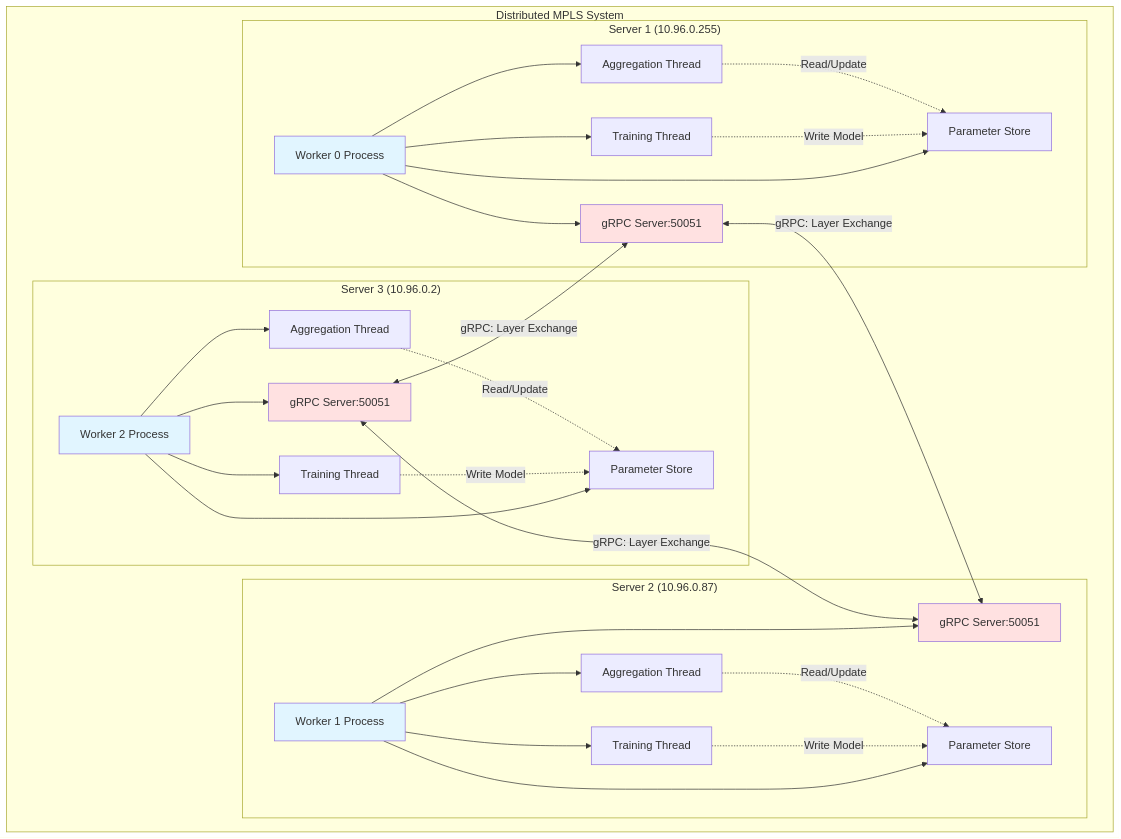
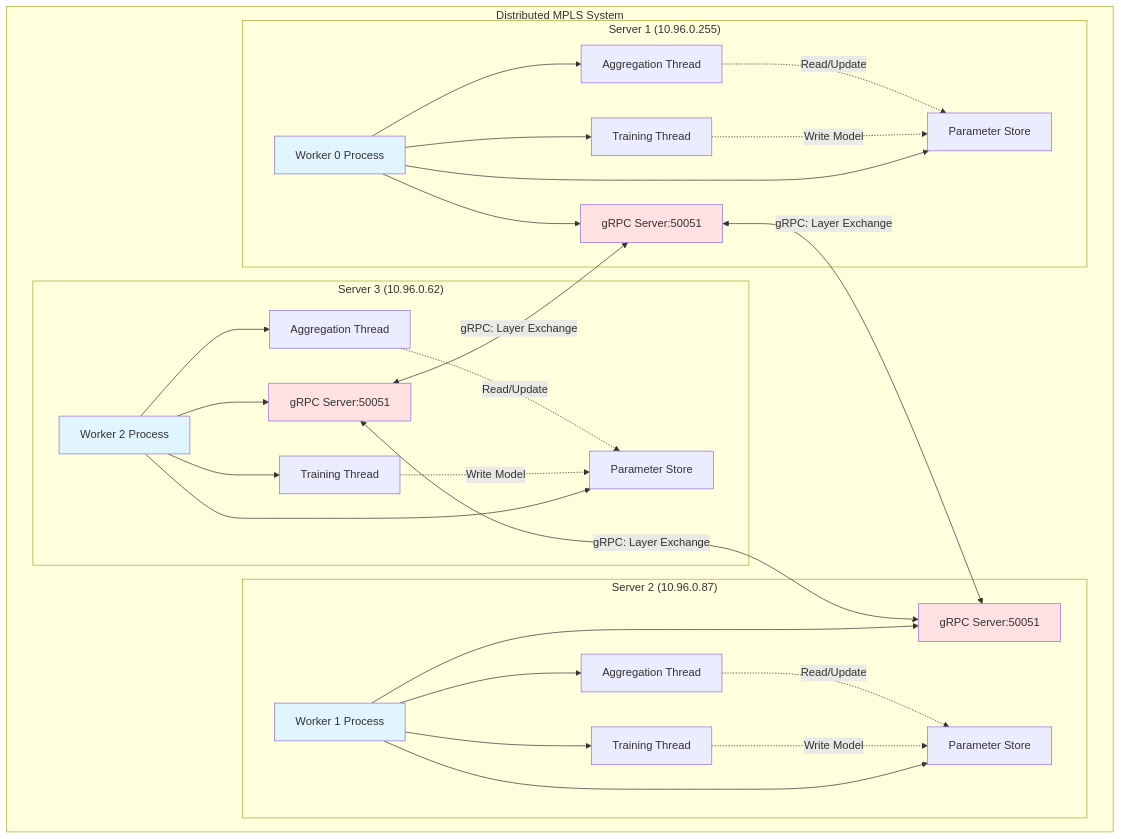
One commit to Gufran2809/MPLS-python changed the first of 8 diagrams in ARCHITECTURE.md. Above: the diagram before and after it, drawn with Mermaid. The commit also changed other lines of this file and 9 other files, not shown here.

````diff
--- a/ARCHITECTURE.md
+++ b/ARCHITECTURE.md
@@ -5,45 +5,45 @@
 ```mermaid
 graph TB
     subgraph "Distributed MPLS System"
         subgraph "Server 1 (10.96.0.255)"
             W1[Worker 0 Process]
             W1 --> T1[Training Thread]
             W1 --> A1[Aggregation Thread]
             W1 --> G1[gRPC Server:50051]
             W1 --> P1[Parameter Store]
             T1 -.->|Write Model| P1
             A1 -.->|Read/Update| P1
         end
         
         subgraph "Server 2 (10.96.0.87)"
             W2[Worker 1 Process]
             W2 --> T2[Training Thread]
             W2 --> A2[Aggregation Thread]
             W2 --> G2[gRPC Server:50051]
             W2 --> P2[Parameter Store]
             T2 -.->|Write Model| P2
             A2 -.->|Read/Update| P2
         end
         
-        subgraph "Server 3 (10.96.0.2)"
+        subgraph "Server 3 (10.96.0.62)"
             W3[Worker 2 Process]
             W3 --> T3[Training Thread]
             W3 --> A3[Aggregation Thread]
             W3 --> G3[gRPC Server:50051]
             W3 --> P3[Parameter Store]
             T3 -.->|Write Model| P3
             A3 -.->|Read/Update| P3
         end
     end
     
     G1 <-->|gRPC: Layer Exchange| G2
     G2 <-->|gRPC: Layer Exchange| G3
     G3 <-->|gRPC: Layer Exchange| G1
     
     style W1 fill:#e1f5ff
     style W2 fill:#e1f5ff
     style W3 fill:#e1f5ff
     style G1 fill:#ffe1e1
     style G2 fill:#ffe1e1
     style G3 fill:#ffe1e1
 ```
````
